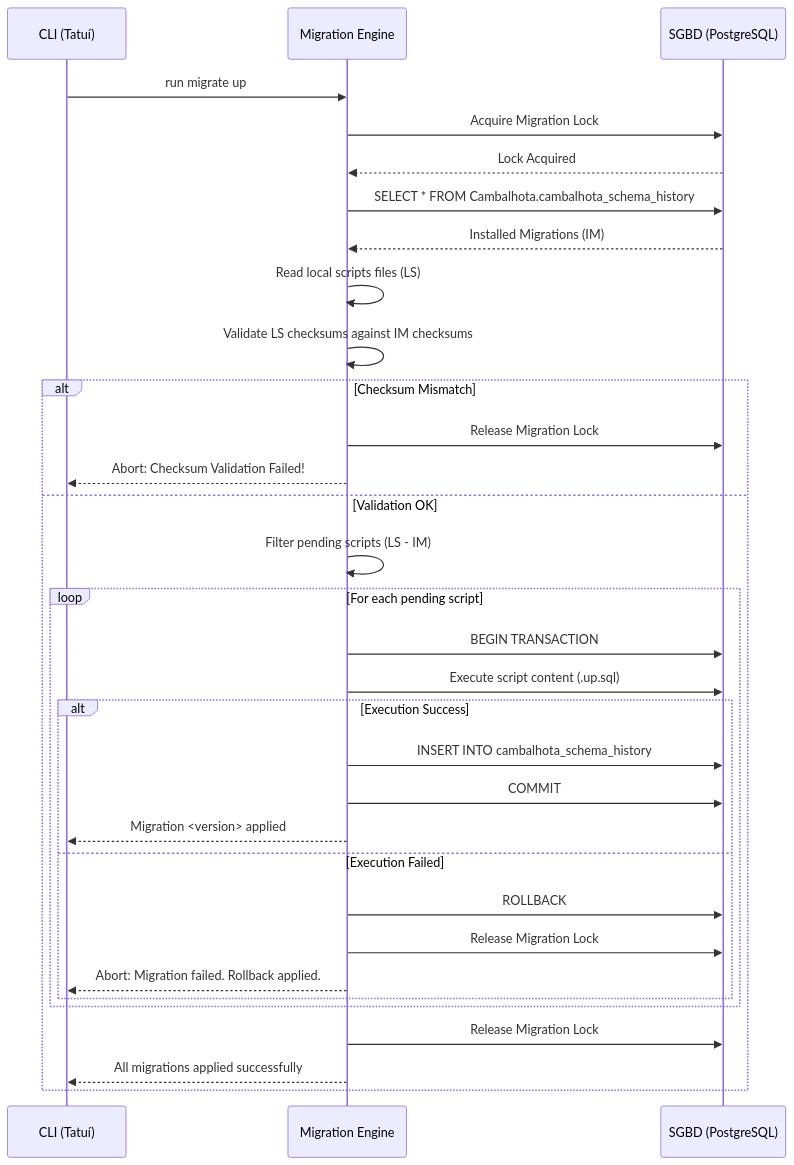
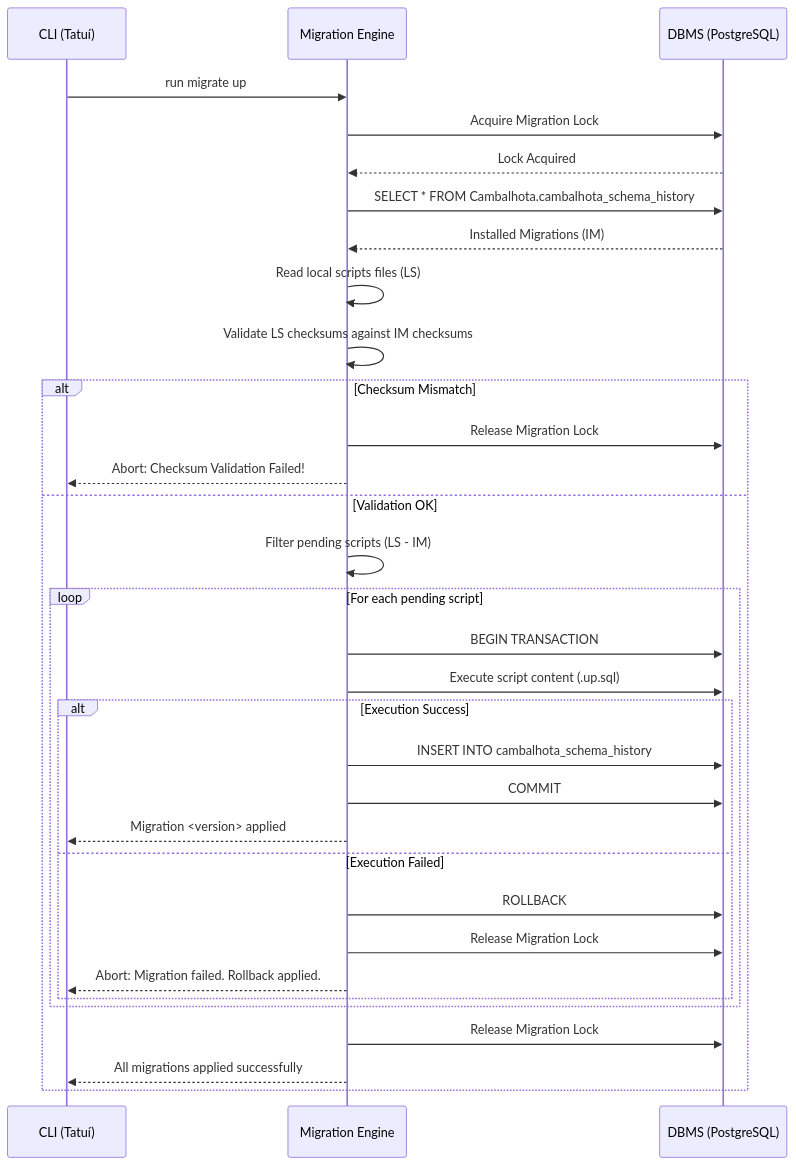
One commit to invector-tecnologia/cambalhota changed the diagram in docs/engineering/adrs/006_migration_engine.md. Above: the diagram before and after it, drawn with Mermaid. The commit also changed other lines of this file and 60 other files, not shown here.

````diff
--- a/docs/engineering/adrs/006_migration_engine.md
+++ b/docs/engineering/adrs/006_migration_engine.md
@@ -44,40 +44,40 @@
 ```mermaid
 sequenceDiagram
     participant User as CLI (Tatuí)
     participant Engine as Migration Engine
-    participant DB as SGBD (PostgreSQL)
+    participant DB as DBMS (PostgreSQL)
 
     User->>Engine: run migrate up
     Engine->>DB: Acquire Migration Lock
     DB-->>Engine: Lock Acquired
     
     Engine->>DB: SELECT * FROM Cambalhota.cambalhota_schema_history
     DB-->>Engine: Installed Migrations (IM)
     
     Engine->>Engine: Read local scripts files (LS)
     Engine->>Engine: Validate LS checksums against IM checksums
     
     alt Checksum Mismatch
         Engine->>DB: Release Migration Lock
         Engine-->>User: Abort: Checksum Validation Failed!
     else Validation OK
         Engine->>Engine: Filter pending scripts (LS - IM)
         
         loop For each pending script
             Engine->>DB: BEGIN TRANSACTION
             Engine->>DB: Execute script content (.up.sql)
             
             alt Execution Success
                 Engine->>DB: INSERT INTO cambalhota_schema_history
                 Engine->>DB: COMMIT
                 Engine-->>User: Migration <version> applied
             else Execution Failed
                 Engine->>DB: ROLLBACK
                 Engine->>DB: Release Migration Lock
                 Engine-->>User: Abort: Migration failed. Rollback applied.
             end
         end
         Engine->>DB: Release Migration Lock
         Engine-->>User: All migrations applied successfully
     end
 ```
````
